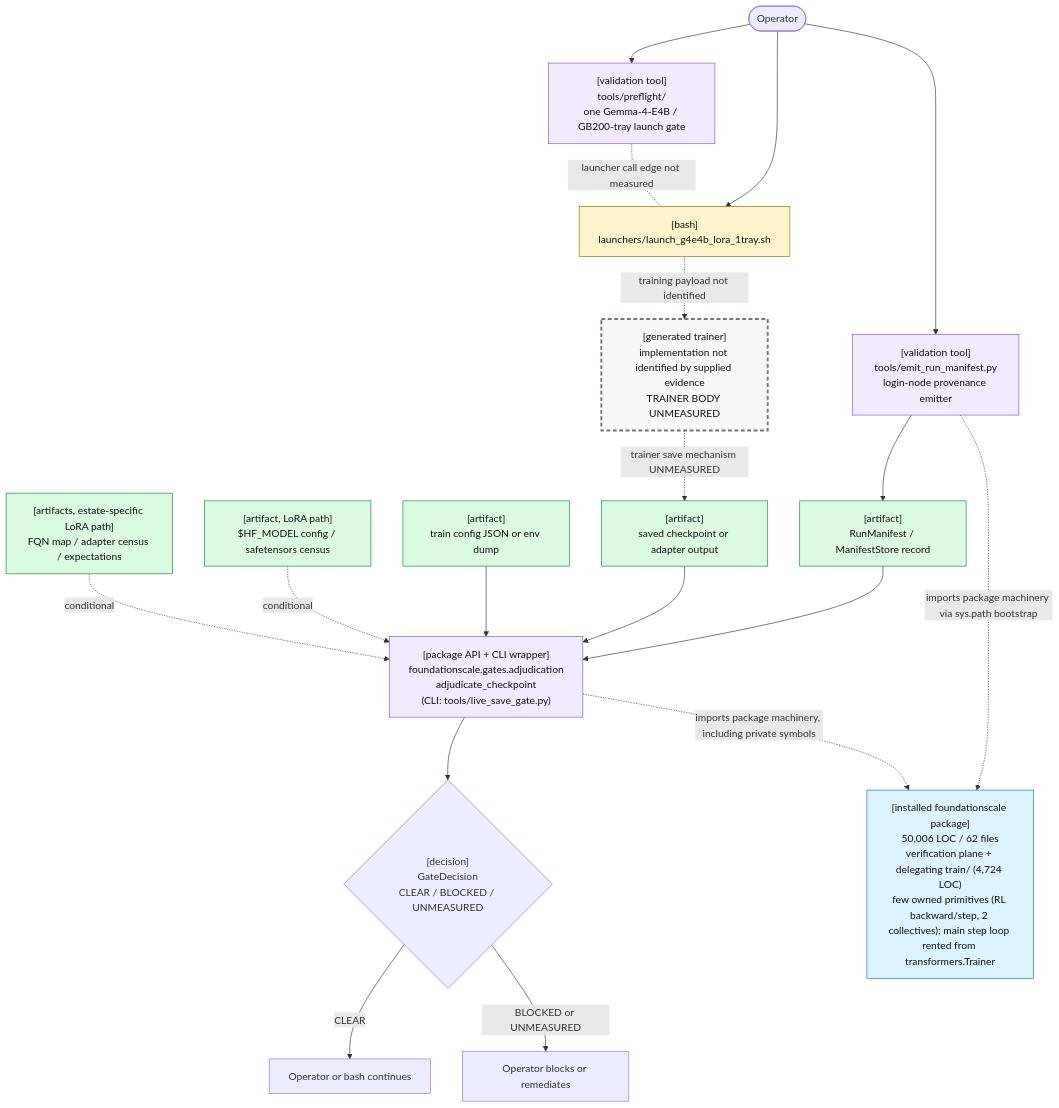
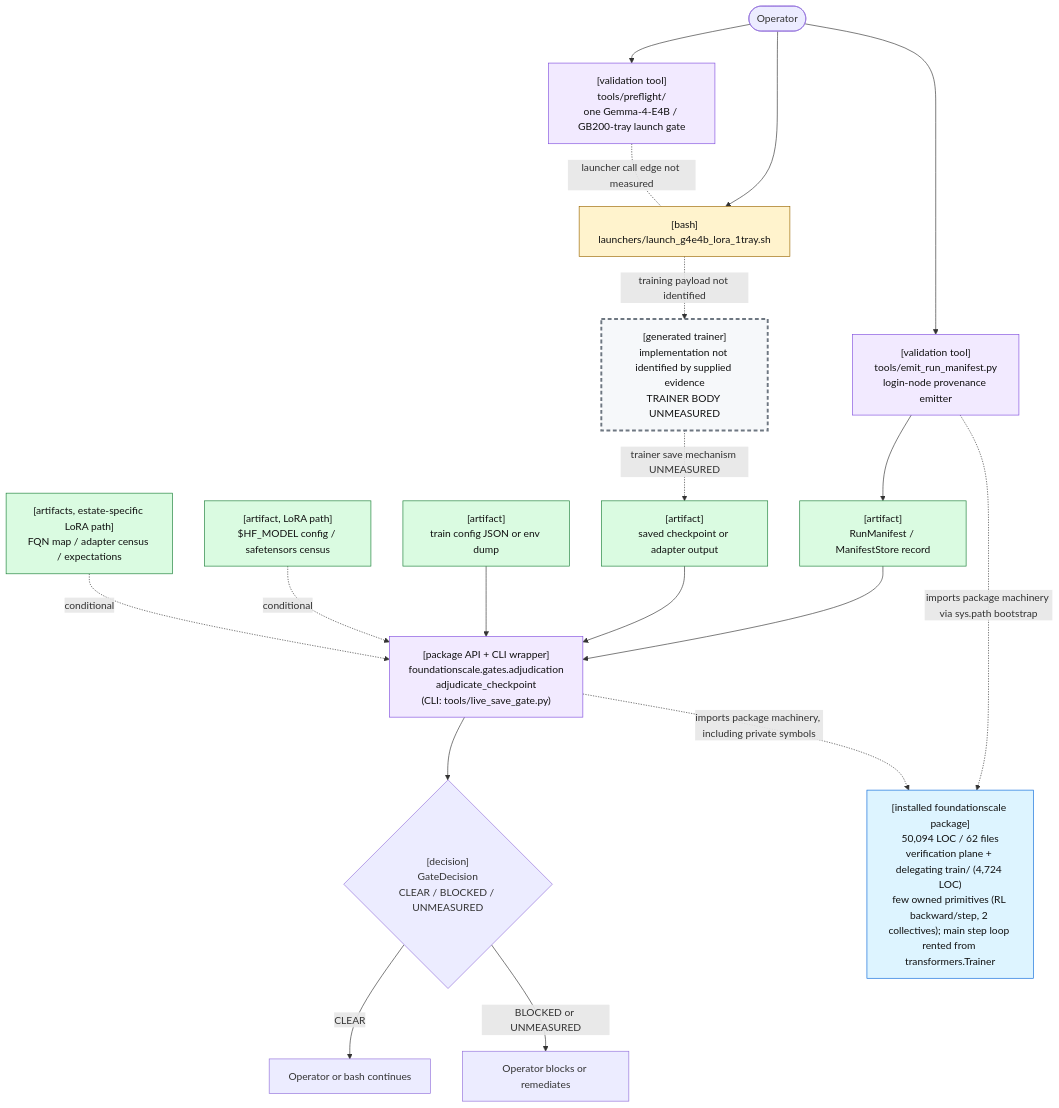
The first of 2 diagrams in docs/review/D2_current_architecture.md (TranNhiem/FoundationScale), drawn with Mermaid before and after one commit. The commit also changed other lines of this file and 10 other files, not shown here.

````diff
--- a/docs/review/D2_current_architecture.md
+++ b/docs/review/D2_current_architecture.md
@@ -25,59 +25,59 @@
 ```mermaid
 flowchart TB
   O(["Operator"])
 
   PF["[validation tool]<br/>tools/preflight/<br/>one Gemma-4-E4B / GB200-tray launch gate"]
   L["[bash]<br/>launchers/launch_g4e4b_lora_1tray.sh"]
 
   E["[validation tool]<br/>tools/emit_run_manifest.py<br/>login-node provenance emitter"]
   M["[artifact]<br/>RunManifest / ManifestStore record"]
 
   T["[generated trainer]<br/>implementation not identified by supplied evidence<br/>TRAINER BODY UNMEASURED"]
   C["[artifact]<br/>saved checkpoint or adapter output"]
 
   G["[package API + CLI wrapper]<br/>foundationscale.gates.adjudication<br/>adjudicate_checkpoint<br/>(CLI: tools/live_save_gate.py)"]
   CFG["[artifact]<br/>train config JSON or env dump"]
   BASE["[artifact, LoRA path]<br/>$HF_MODEL config / safetensors census"]
   CEN["[artifacts, estate-specific LoRA path]<br/>FQN map / adapter census / expectations"]
 
   D{"[decision]<br/>GateDecision<br/>CLEAR / BLOCKED / UNMEASURED"}
   OK["Operator or bash continues"]
   NO["Operator blocks or remediates"]
 
-  PKG["[installed foundationscale package]<br/>50,006 LOC / 62 files<br/>verification plane + delegating train/ (4,724 LOC)<br/>few owned primitives (RL backward/step, 2 collectives); main step loop rented from transformers.Trainer"]
+  PKG["[installed foundationscale package]<br/>50,094 LOC / 62 files<br/>verification plane + delegating train/ (4,724 LOC)<br/>few owned primitives (RL backward/step, 2 collectives); main step loop rented from transformers.Trainer"]
 
   O --> PF
   O --> L
   PF -. "launcher call edge not measured" .- L
 
   O --> E
   E --> M
 
   L -. "training payload not identified" .-> T
   T -. "trainer save mechanism UNMEASURED" .-> C
 
   M --> G
   C --> G
   CFG --> G
   BASE -. "conditional" .-> G
   CEN -. "conditional" .-> G
 
   E -. "imports package machinery via sys.path bootstrap" .-> PKG
   G -. "imports package machinery, including private symbols" .-> PKG
 
   G --> D
   D -->|"CLEAR"| OK
   D -->|"BLOCKED or UNMEASURED"| NO
 
   classDef bash fill:#fff3cd,stroke:#9a6700,color:#111;
   classDef tool fill:#f2eaff,stroke:#8250df,color:#111;
   classDef artifact fill:#dafbe1,stroke:#1a7f37,color:#111;
   classDef gap fill:#f6f8fa,stroke:#6e7781,stroke-width:3px,stroke-dasharray: 6 4,color:#111;
   classDef pkg fill:#ddf4ff,stroke:#0969da,color:#111;
 
   class L bash;
   class PF,E,G tool;
   class M,C,CFG,BASE,CEN artifact;
   class T gap;
   class PKG pkg;
 ```
````
